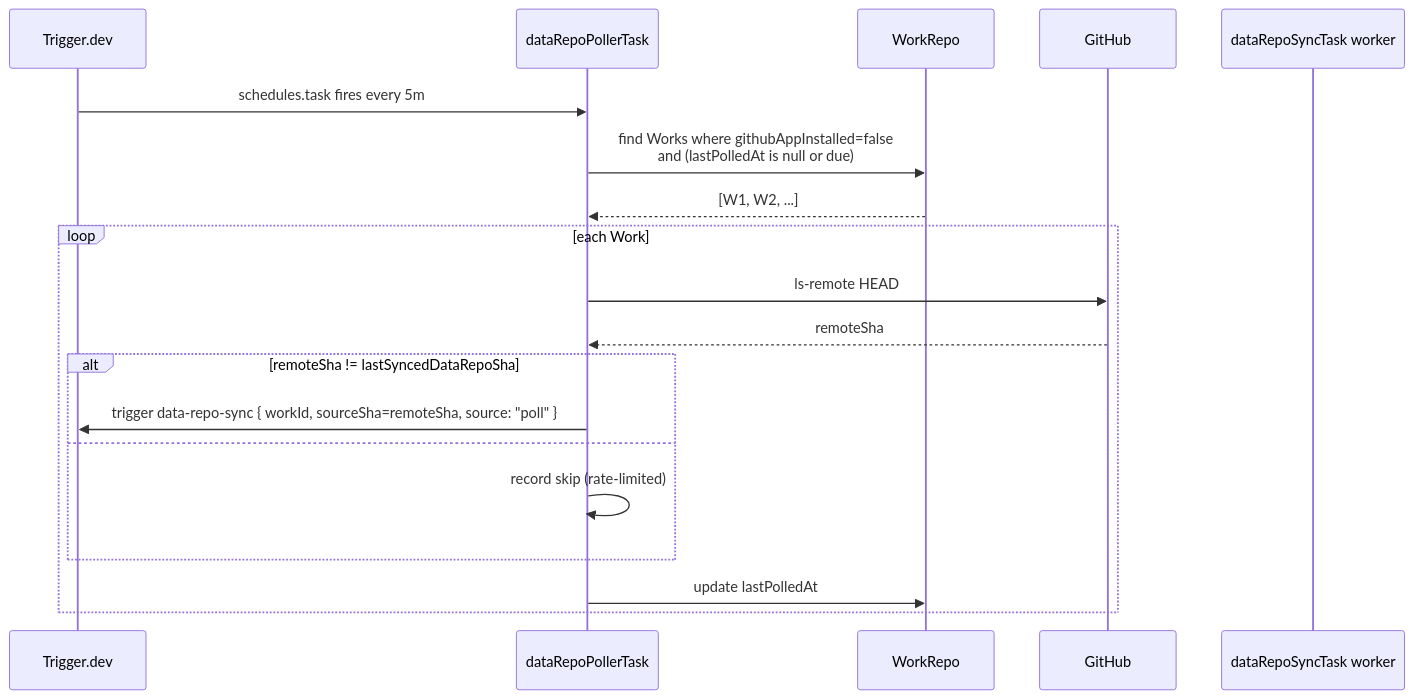
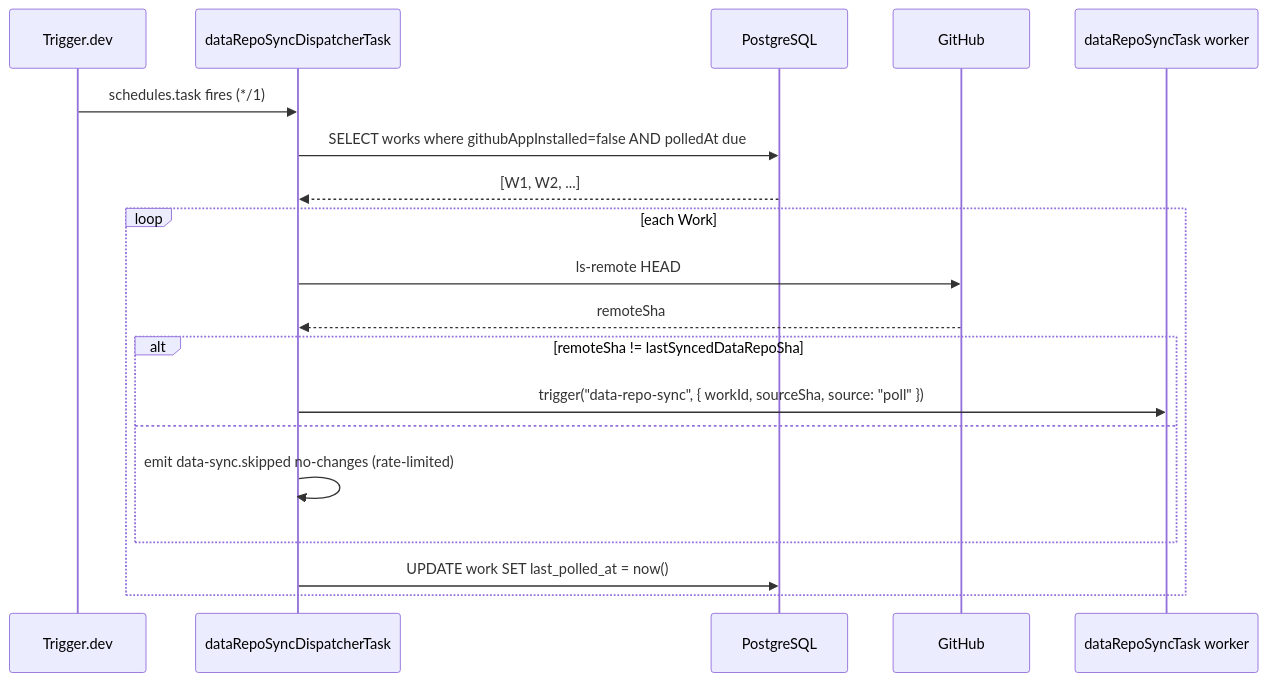
Before and after one commit to ever-works/ever-works: the second of 2 diagrams in docs/specs/features/data-repo-instant-sync/plan.md, drawn with Mermaid. The commit also changed other lines of this file and 5 other files, not shown here.

First line of the commit message:
docs(specs): revise data-repo-instant-sync to use house primitives (EW-628)

````diff
--- a/docs/specs/features/data-repo-instant-sync/plan.md
+++ b/docs/specs/features/data-repo-instant-sync/plan.md
@@ -88,21 +99,21 @@
 ```mermaid
 sequenceDiagram
     participant TR as Trigger.dev
-    participant P as dataRepoPollerTask
-    participant DB as WorkRepo
+    participant D as dataRepoSyncDispatcherTask
+    participant DB as PostgreSQL
     participant GH as GitHub
     participant W as dataRepoSyncTask worker
-    TR->>P: schedules.task fires every 5m
-    P->>DB: find Works where githubAppInstalled=false<br/>and (lastPolledAt is null or due)
-    DB-->>P: [W1, W2, ...]
+    TR->>D: schedules.task fires (*/1)
+    D->>DB: SELECT works where githubAppInstalled=false AND polledAt due
+    DB-->>D: [W1, W2, ...]
     loop each Work
-        P->>GH: ls-remote HEAD
-        GH-->>P: remoteSha
+        D->>GH: ls-remote HEAD
+        GH-->>D: remoteSha
         alt remoteSha != lastSyncedDataRepoSha
-            P->>TR: trigger data-repo-sync { workId, sourceSha=remoteSha, source: "poll" }
+            D->>W: trigger("data-repo-sync", { workId, sourceSha, source: "poll" })
         else
-            P->>P: record skip (rate-limited)
+            D->>D: emit data-sync.skipped no-changes (rate-limited)
         end
-        P->>DB: update lastPolledAt
+        D->>DB: UPDATE work SET last_polled_at = now()
     end
 ```
````
